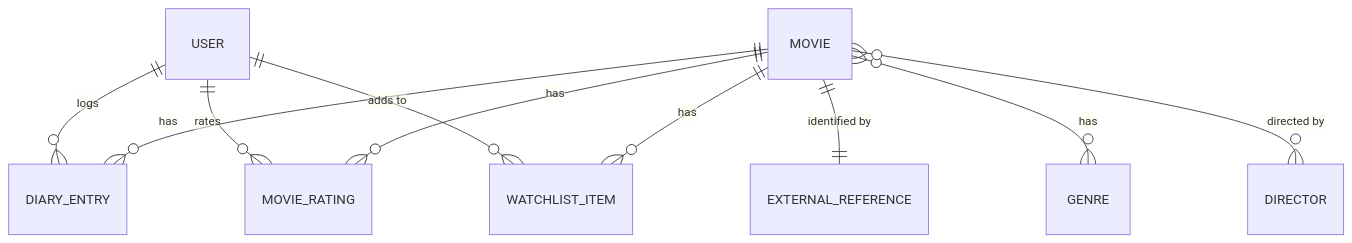
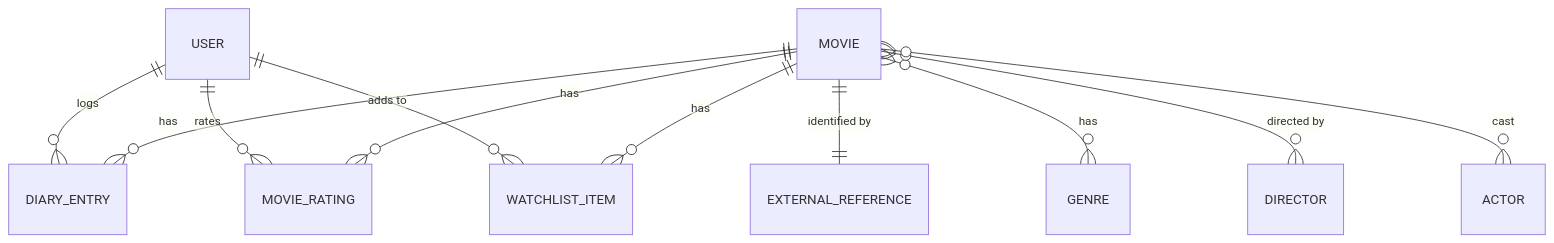
Before and after one commit to jeotma/Frametric: the diagram in docs/database/domain-model.md, drawn with Mermaid. The commit also changed other lines of this file and 1 other file, not shown here.

````diff
--- a/docs/database/domain-model.md
+++ b/docs/database/domain-model.md
@@ -7,14 +7,15 @@
 ```mermaid
 erDiagram
     USER ||--o{ DIARY_ENTRY : "logs"
     USER ||--o{ MOVIE_RATING : "rates"
     USER ||--o{ WATCHLIST_ITEM : "adds to"
     
     MOVIE ||--o{ DIARY_ENTRY : "has"
     MOVIE ||--o{ MOVIE_RATING : "has"
     MOVIE ||--o{ WATCHLIST_ITEM : "has"
     
     MOVIE ||--|| EXTERNAL_REFERENCE : "identified by"
     MOVIE }o--o{ GENRE : "has"
     MOVIE }o--o{ DIRECTOR : "directed by"
+    MOVIE }o--o{ ACTOR : "cast"
 ```
````
